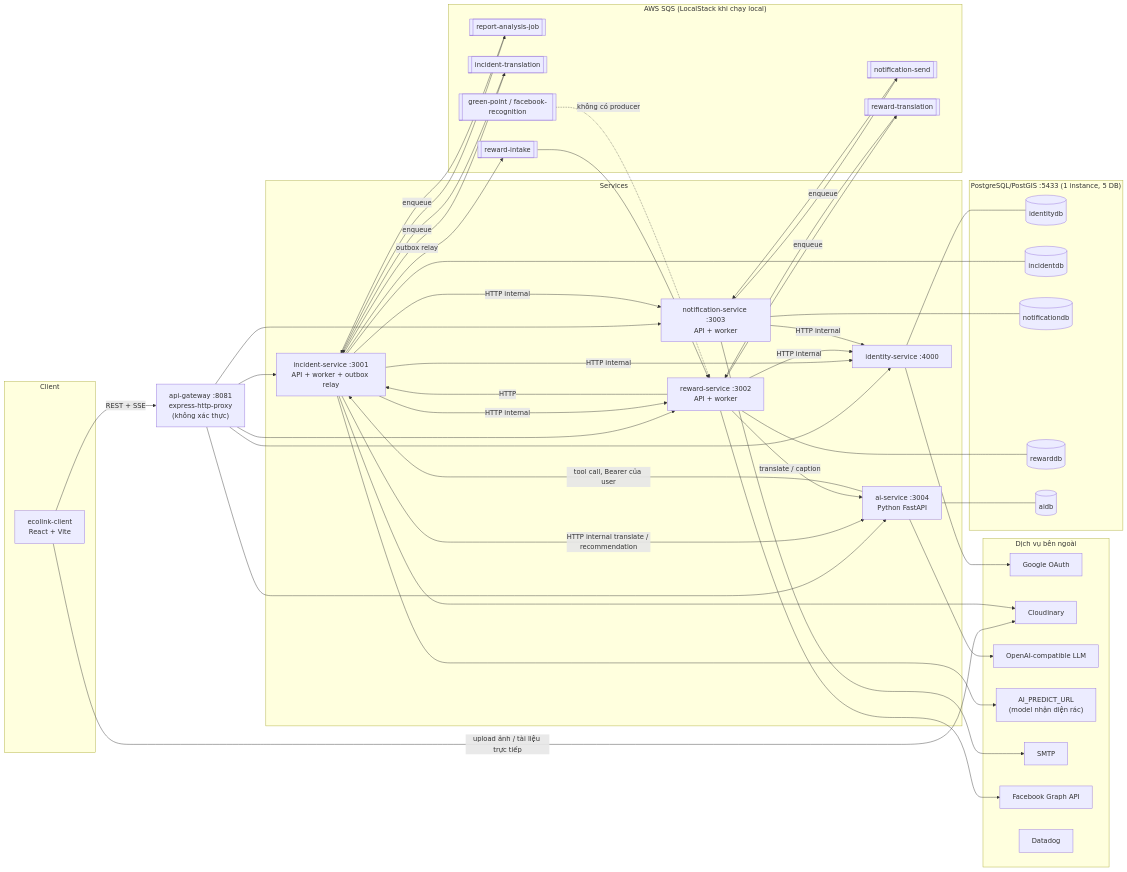
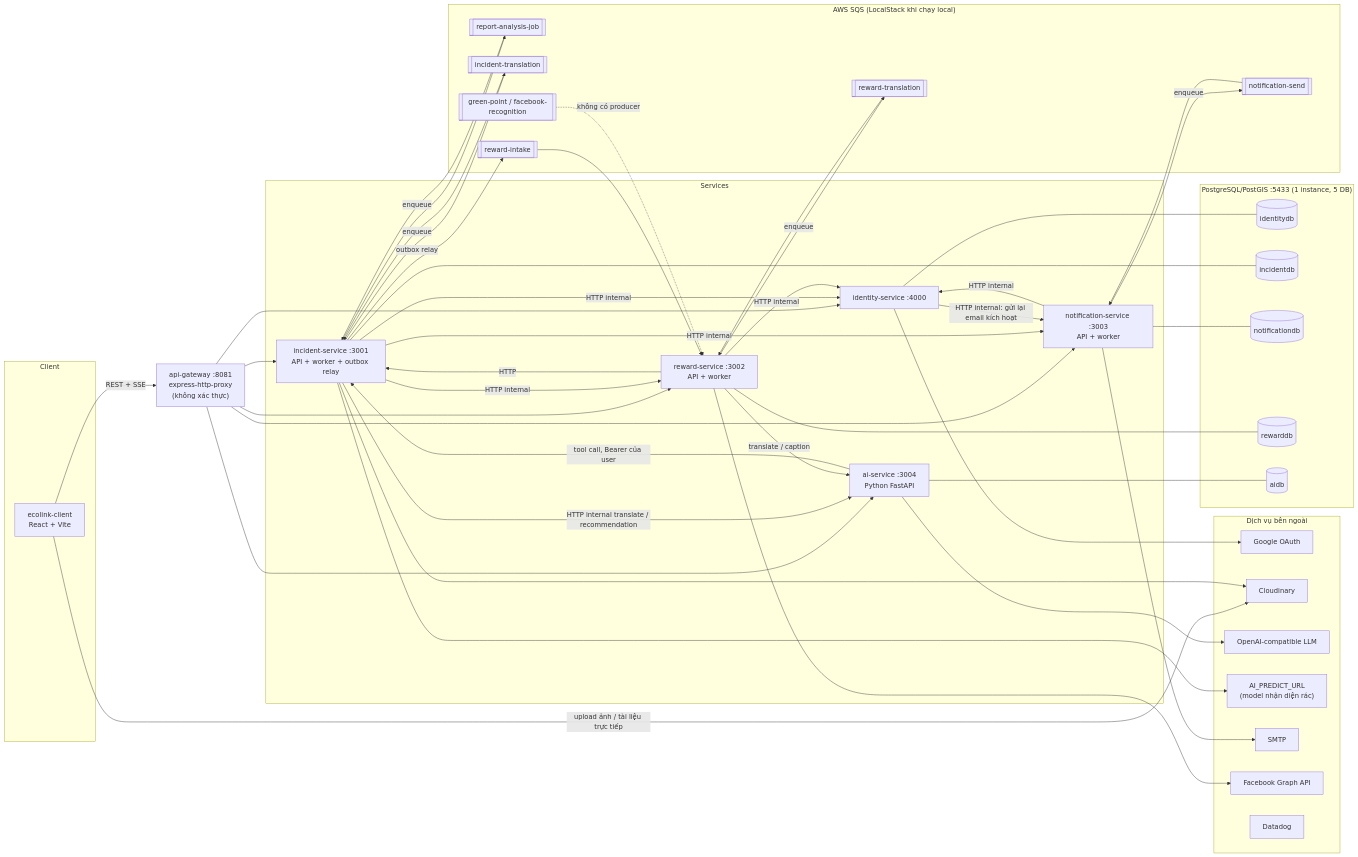
Before and after one commit to DOAN2-UQT-KN/ecolink-docs: the diagram in 00-overview.md, drawn with Mermaid. The commit also changed other lines of this file and 10 other files, not shown here.

Commit message:
docs: multi-owner organization registration flow

````diff
--- a/00-overview.md
+++ b/00-overview.md
@@ -60,81 +60,82 @@
 ```mermaid
 flowchart LR
   subgraph Client
     WEB["ecolink-client<br/>React + Vite"]
   end
 
   GW["api-gateway :8081<br/>express-http-proxy<br/>(không xác thực)"]
 
   subgraph Services
     ID["identity-service :4000"]
     INC["incident-service :3001<br/>API + worker + outbox relay"]
     NOTI["notification-service :3003<br/>API + worker"]
     RW["reward-service :3002<br/>API + worker"]
     AI["ai-service :3004<br/>Python FastAPI"]
   end
 
   subgraph Postgres["PostgreSQL/PostGIS :5433 (1 instance, 5 DB)"]
     IDDB[(identitydb)]
     INCDB[(incidentdb)]
     NDB[(notificationdb)]
     RDB[(rewarddb)]
     AIDB[(aidb)]
   end
 
   subgraph SQS["AWS SQS (LocalStack khi chạy local)"]
     Q1[[report-analysis-job]]
     Q2[[incident-translation]]
     Q3[[reward-intake]]
     Q4[[notification-send]]
     Q5[[reward-translation]]
     Q6[[green-point / facebook-recognition]]
   end
 
   subgraph External["Dịch vụ bên ngoài"]
     GOOGLE["Google OAuth"]
     CLD["Cloudinary"]
     OPENAI["OpenAI-compatible LLM"]
     AIPRED["AI_PREDICT_URL<br/>(model nhận diện rác)"]
     SMTP["SMTP"]
     FB["Facebook Graph API"]
     DD["Datadog"]
   end
 
   WEB -->|REST + SSE| GW
   WEB -->|upload ảnh / tài liệu trực tiếp| CLD
   GW --> ID & INC & NOTI & RW & AI
 
   ID --- IDDB
   INC --- INCDB
   NOTI --- NDB
   RW --- RDB
   AI --- AIDB
 
   INC -->|enqueue| Q1 & Q2
   Q1 --> INC
   Q2 --> INC
   INC -->|outbox relay| Q3
   Q3 --> RW
   NOTI -->|enqueue| Q4
   Q4 --> NOTI
   RW -->|enqueue| Q5
   Q5 --> RW
   Q6 -.->|không có producer| RW
 
   INC -->|HTTP internal| ID
   INC -->|HTTP internal| RW
   INC -->|HTTP internal| NOTI
   INC -->|HTTP internal translate / recommendation| AI
   INC --> AIPRED
   RW -->|HTTP internal| ID
   RW -->|HTTP| INC
   RW -->|translate / caption| AI
   NOTI -->|HTTP internal| ID
+  ID -->|HTTP internal: gửi lại email kích hoạt| NOTI
   AI -->|tool call, Bearer của user| INC
 
   ID --> GOOGLE
   INC --> CLD
   AI --> OPENAI
   NOTI --> SMTP
   RW --> FB
 ```
````
